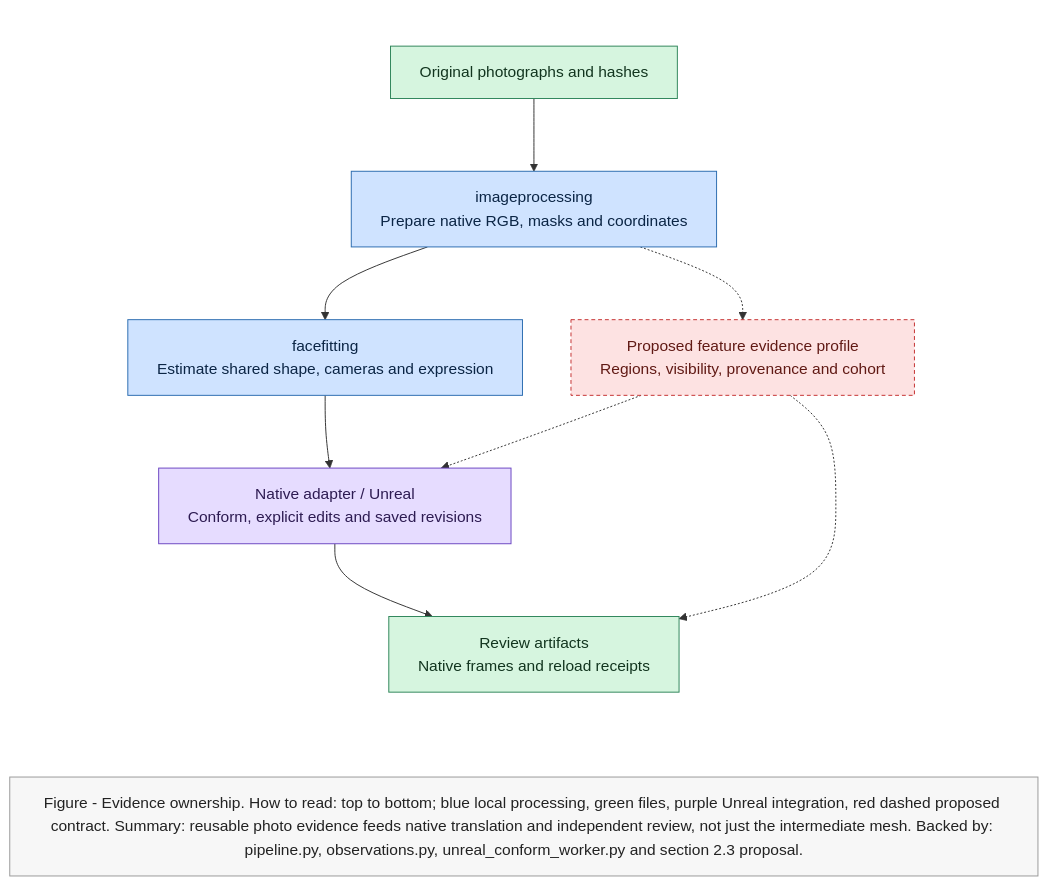
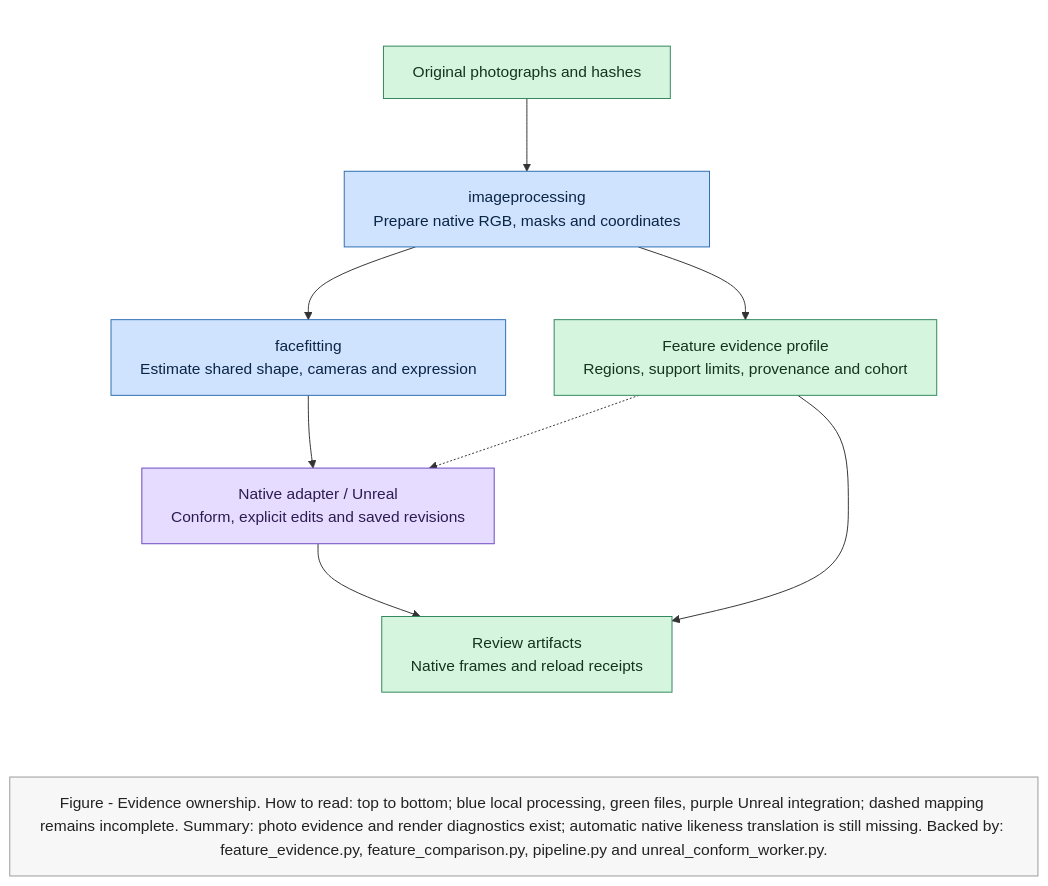
Before and after one commit to Arka95/ailias: the first of 2 diagrams in docs/imageprocessing/photo-to-metahuman-research.md, drawn with Mermaid. The commit also changed other lines of this file and 21 other files, not shown here.

First line of the commit message:
feat: extract reusable photo evidence and compare native face renders

````diff
--- a/docs/imageprocessing/photo-to-metahuman-research.md
+++ b/docs/imageprocessing/photo-to-metahuman-research.md
@@ -169,22 +170,21 @@
 ```mermaid
 %%{init: {"flowchart": {"wrappingWidth": 1000}}}%%
 flowchart TB
     subgraph MAIN[" "]
         direction TB
         P["Original photographs and hashes"]:::store --> I["imageprocessing<br/>Prepare native RGB, masks and coordinates"]:::svc
         I --> F["facefitting<br/>Estimate shared shape, cameras and expression"]:::svc
         F --> N["Native adapter / Unreal<br/>Conform, explicit edits and saved revisions"]:::ext
         N --> R["Review artifacts<br/>Native frames and reload receipts"]:::store
-        I -.-> E["Proposed feature evidence profile<br/>Regions, visibility, provenance and cohort"]:::unknown
+        I --> E["Feature evidence profile<br/>Regions, support limits, provenance and cohort"]:::store
         E -.-> N
-        E -.-> R
+        E --> R
     end
     MAIN ~~~ SUM
-    SUM["Figure - Evidence ownership. How to read: top to bottom; blue local processing, green files, purple Unreal integration, red dashed proposed contract. Summary: reusable photo evidence feeds native translation and independent review, not just the intermediate mesh. Backed by: pipeline.py, observations.py, unreal_conform_worker.py and section 2.3 proposal."]:::caption
+    SUM["Figure - Evidence ownership. How to read: top to bottom; blue local processing, green files, purple Unreal integration; dashed mapping remains incomplete. Summary: photo evidence and render diagnostics exist; automatic native likeness translation is still missing. Backed by: feature_evidence.py, feature_comparison.py, pipeline.py and unreal_conform_worker.py."]:::caption
     style MAIN fill:none,stroke:none
     classDef svc fill:#cfe3ff,stroke:#2b6cb0,color:#0b2545
     classDef store fill:#d6f5df,stroke:#2f855a,color:#12351f
     classDef ext fill:#e6dcff,stroke:#6b46c1,color:#2d1b52
-    classDef unknown fill:#fde2e2,stroke:#c53030,color:#611a15,stroke-dasharray:4 3
     classDef caption fill:#f7f7f7,stroke:#999,color:#222,font-size:16px
 ```
````
